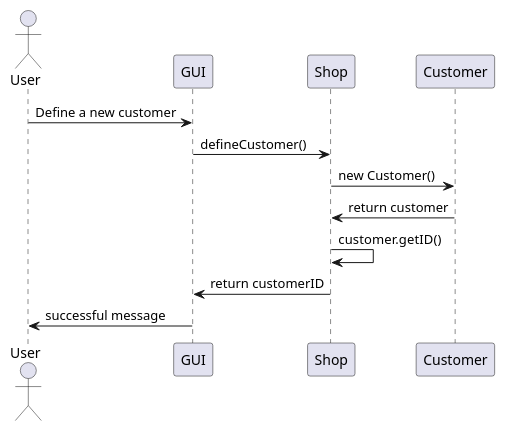
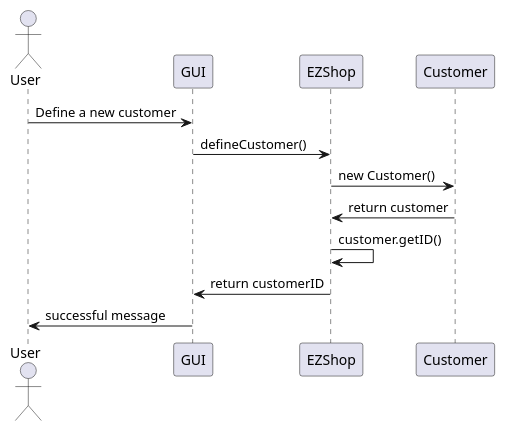
One commit to ThePiromaximus/ezshop changed the tenth of 19 diagrams in Deliverables/DesignDocument.md. Above: the diagram before and after it, drawn with PlantUML. The commit also changed other lines of this file, not shown here.

````diff
--- a/Deliverables/DesignDocument.md
+++ b/Deliverables/DesignDocument.md
@@ -371,12 +387,12 @@
 ```plantuml
 @startuml
 Actor User as U
 U -> GUI: Define a new customer
-GUI -> Shop: defineCustomer()
-Shop -> Customer: new Customer()
-Shop <- Customer: return customer
-Shop -> Shop : customer.getID()
-GUI <- Shop: return customerID
+GUI -> EZShop: defineCustomer()
+EZShop -> Customer: new Customer()
+EZShop <- Customer: return customer
+EZShop -> EZShop : customer.getID()
+GUI <- EZShop: return customerID
 U <- GUI: successful message
 @enduml
 ```
````
